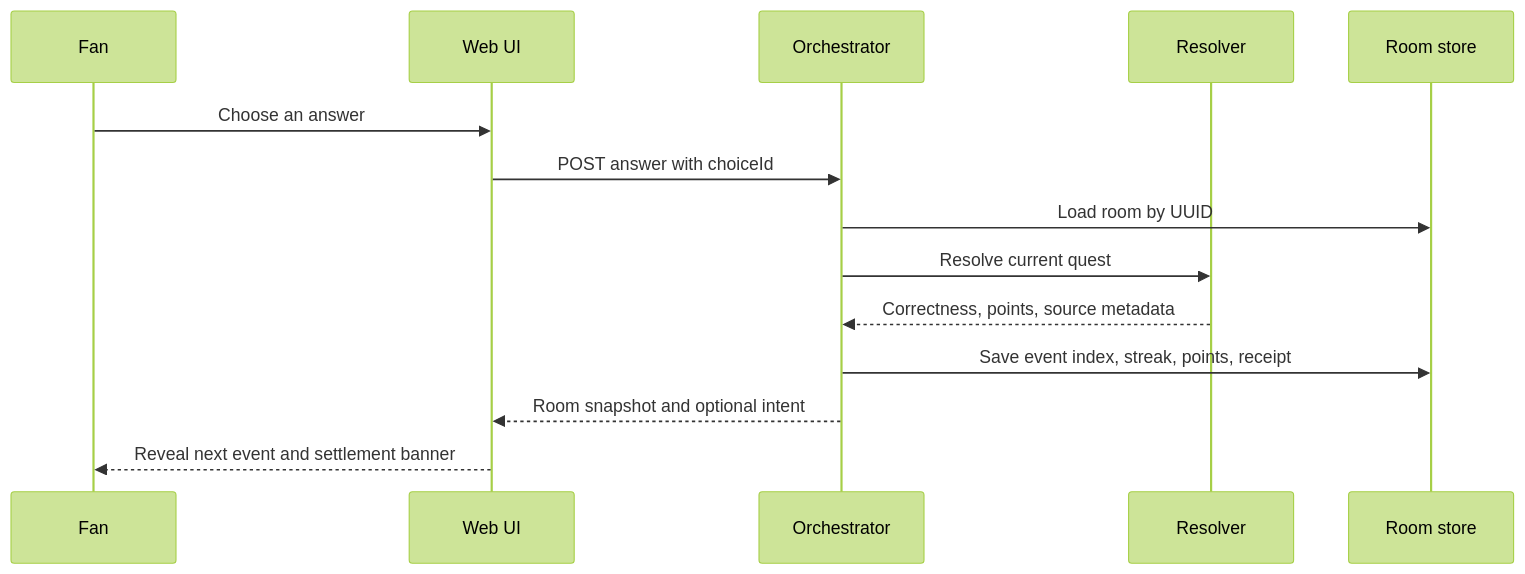
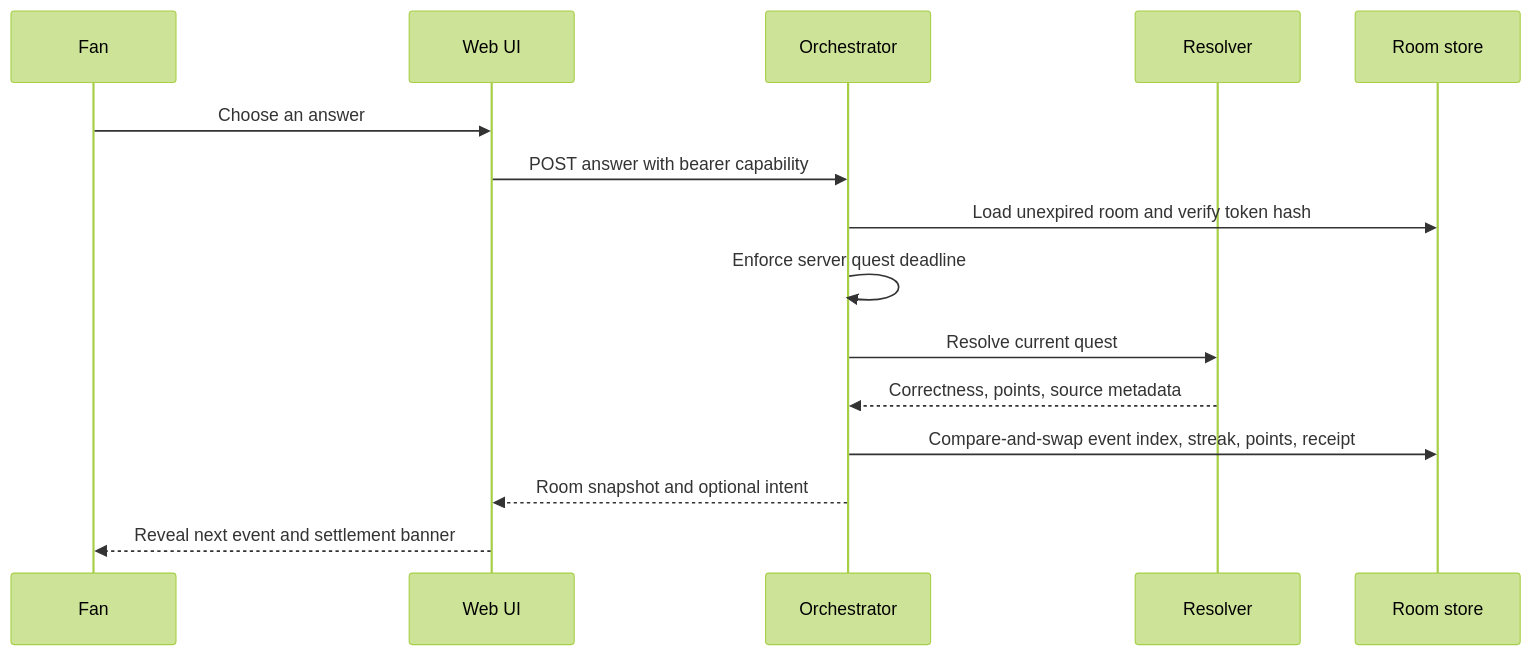
Before and after one commit to avasis-ai/crowdquest: the second of 2 diagrams in docs/ARCHITECTURE.md, drawn with Mermaid (forest theme). The commit also changed other lines of this file and 27 other files, not shown here.

````diff
--- a/docs/ARCHITECTURE.md
+++ b/docs/ARCHITECTURE.md
@@ -61,16 +62,17 @@
 ```mermaid
 sequenceDiagram
     participant F as Fan
     participant U as Web UI
     participant O as Orchestrator
     participant R as Resolver
     participant S as Room store
     F->>U: Choose an answer
-    U->>O: POST answer with choiceId
-    O->>S: Load room by UUID
+    U->>O: POST answer with bearer capability
+    O->>S: Load unexpired room and verify token hash
+    O->>O: Enforce server quest deadline
     O->>R: Resolve current quest
     R-->>O: Correctness, points, source metadata
-    O->>S: Save event index, streak, points, receipt
+    O->>S: Compare-and-swap event index, streak, points, receipt
     O-->>U: Room snapshot and optional intent
     U-->>F: Reveal next event and settlement banner
 ```
````
